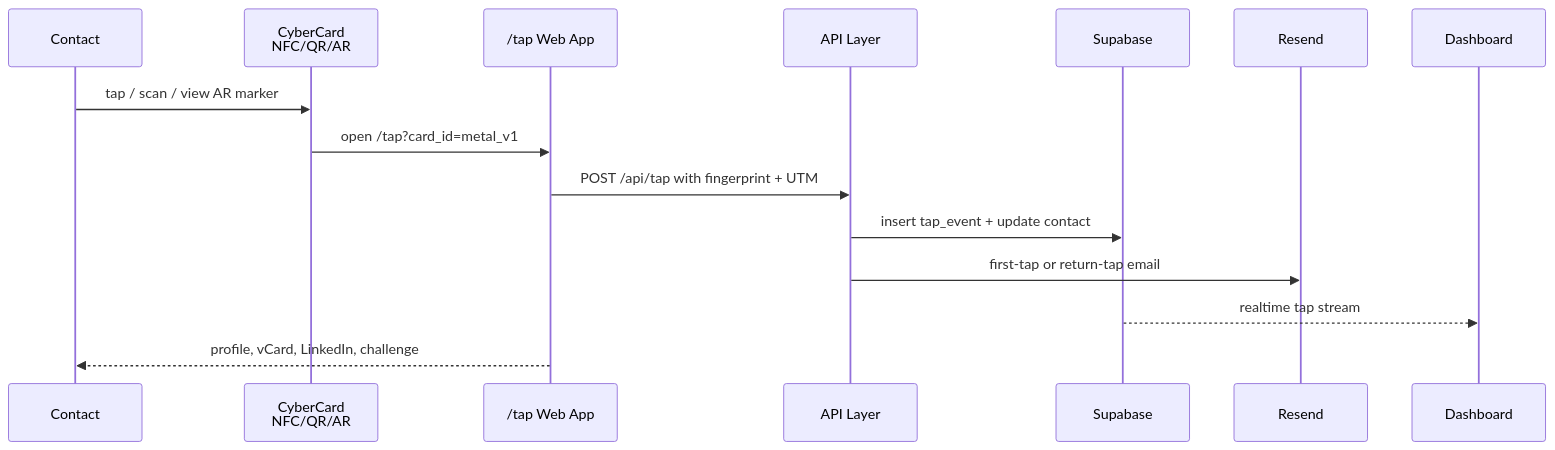
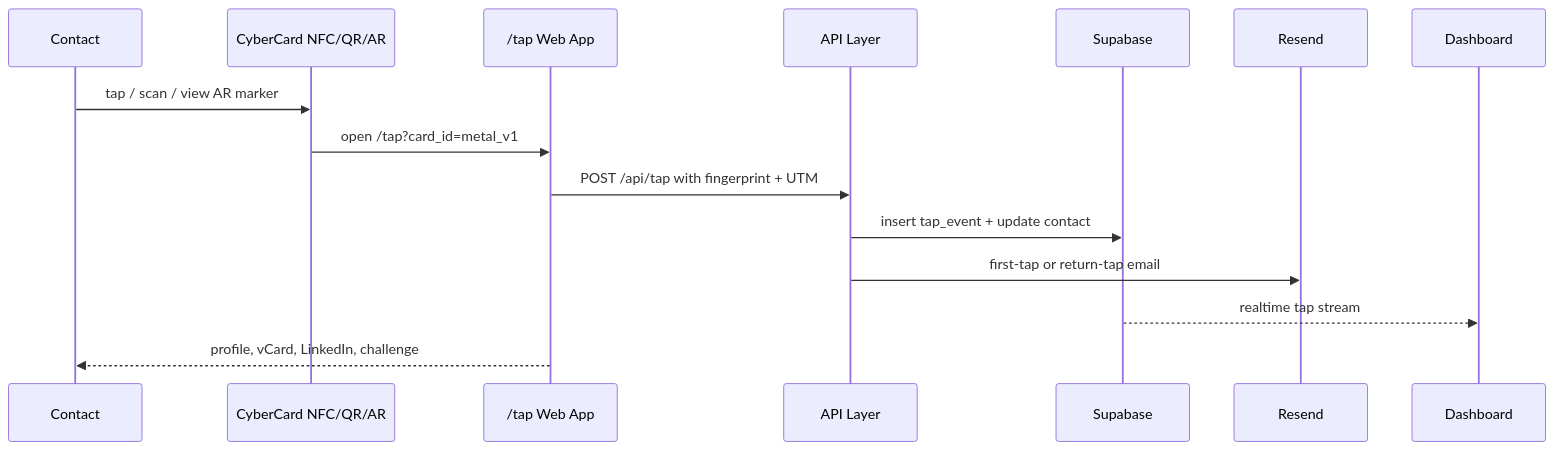
One commit to Personfu/CYBERCARD changed the third of 6 diagrams in README.md. Above: the diagram before and after it, drawn with Mermaid. The commit also changed other lines of this file and 2 other files, not shown here.

First line of the commit message:
fix: mermaid render errors, always-on Pages deploy, agencies JSON

````diff
--- a/README.md
+++ b/README.md
@@ -550,18 +550,18 @@
 ```mermaid
 sequenceDiagram
   participant Human as Contact
-  participant Card as CyberCard<br/>NFC/QR/AR
+  participant Card as CyberCard NFC/QR/AR
   participant Tap as /tap Web App
   participant API as API Layer
   participant DB as Supabase
   participant Mail as Resend
   participant Dash as Dashboard
 
   Human->>Card: tap / scan / view AR marker
   Card->>Tap: open /tap?card_id=metal_v1
   Tap->>API: POST /api/tap with fingerprint + UTM
   API->>DB: insert tap_event + update contact
   API->>Mail: first-tap or return-tap email
   DB-->>Dash: realtime tap stream
   Tap-->>Human: profile, vCard, LinkedIn, challenge
 ```
````
